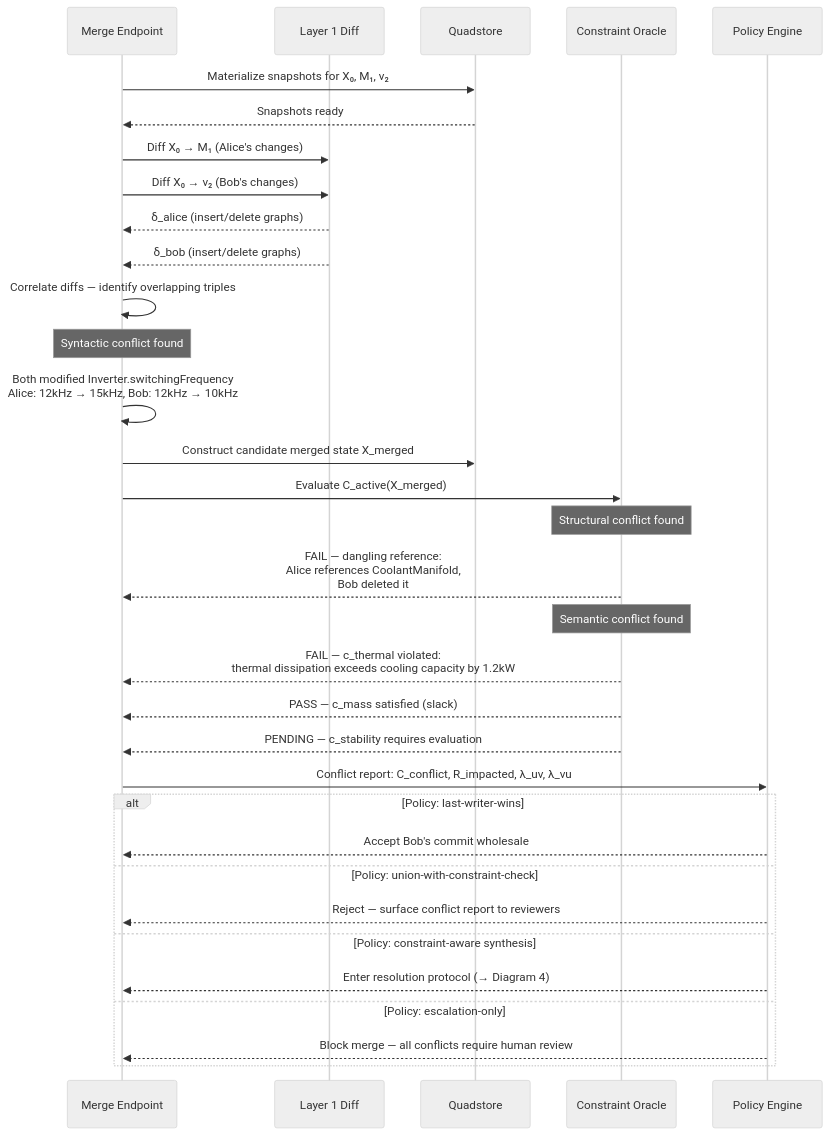
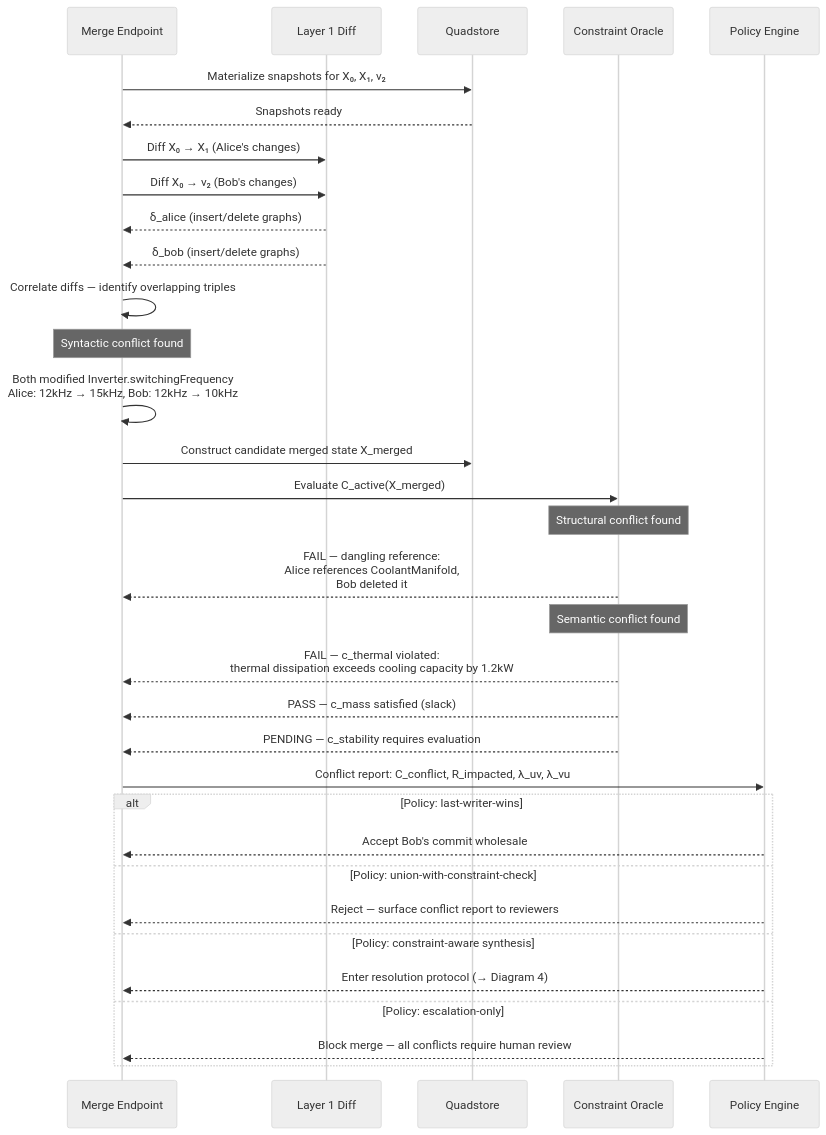
The second of 6 diagrams in A Policy-based Approach to Model Lifecycle Management with Flexo.md (mzargham/flexo-conflict-resolution-policy-research), drawn with Mermaid (neutral theme) before and after one commit. The commit also changed other lines of this file, not shown here.

````diff
--- a/A Policy-based Approach to Model Lifecycle Management with Flexo.md
+++ b/A Policy-based Approach to Model Lifecycle Management with Flexo.md
@@ -88,45 +88,45 @@
 ```mermaid
 sequenceDiagram
     participant ME as Merge Endpoint
     participant Diff as Layer 1 Diff
     participant Q as Quadstore
     participant Oracle as Constraint Oracle
     participant PE as Policy Engine
 
-    ME->>Q: Materialize snapshots for X₀, M₁, v₂
+    ME->>Q: Materialize snapshots for X₀, X₁, v₂
     Q-->>ME: Snapshots ready
 
-    ME->>Diff: Diff X₀ → M₁ (Alice's changes)
+    ME->>Diff: Diff X₀ → X₁ (Alice's changes)
     ME->>Diff: Diff X₀ → v₂ (Bob's changes)
     Diff-->>ME: δ_alice (insert/delete graphs)
     Diff-->>ME: δ_bob (insert/delete graphs)
 
     ME->>ME: Correlate diffs — identify overlapping triples
 
     Note over ME: Syntactic conflict found
     ME->>ME: Both modified Inverter.switchingFrequency<br/>Alice: 12kHz → 15kHz, Bob: 12kHz → 10kHz
 
     ME->>Q: Construct candidate merged state X_merged
     ME->>Oracle: Evaluate C_active(X_merged)
 
     Note over Oracle: Structural conflict found
     Oracle-->>ME: FAIL — dangling reference:<br/>Alice references CoolantManifold,<br/>Bob deleted it
 
     Note over Oracle: Semantic conflict found
     Oracle-->>ME: FAIL — c_thermal violated:<br/>thermal dissipation exceeds cooling capacity by 1.2kW
 
     Oracle-->>ME: PASS — c_mass satisfied (slack)
     Oracle-->>ME: PENDING — c_stability requires evaluation
 
     ME->>PE: Conflict report: C_conflict, R_impacted, λ_uv, λ_vu
 
     alt Policy: last-writer-wins
         PE-->>ME: Accept Bob's commit wholesale
     else Policy: union-with-constraint-check
         PE-->>ME: Reject — surface conflict report to reviewers
     else Policy: constraint-aware synthesis
         PE-->>ME: Enter resolution protocol (→ Diagram 4)
     else Policy: escalation-only
         PE-->>ME: Block merge — all conflicts require human review
     end
 ```
````
